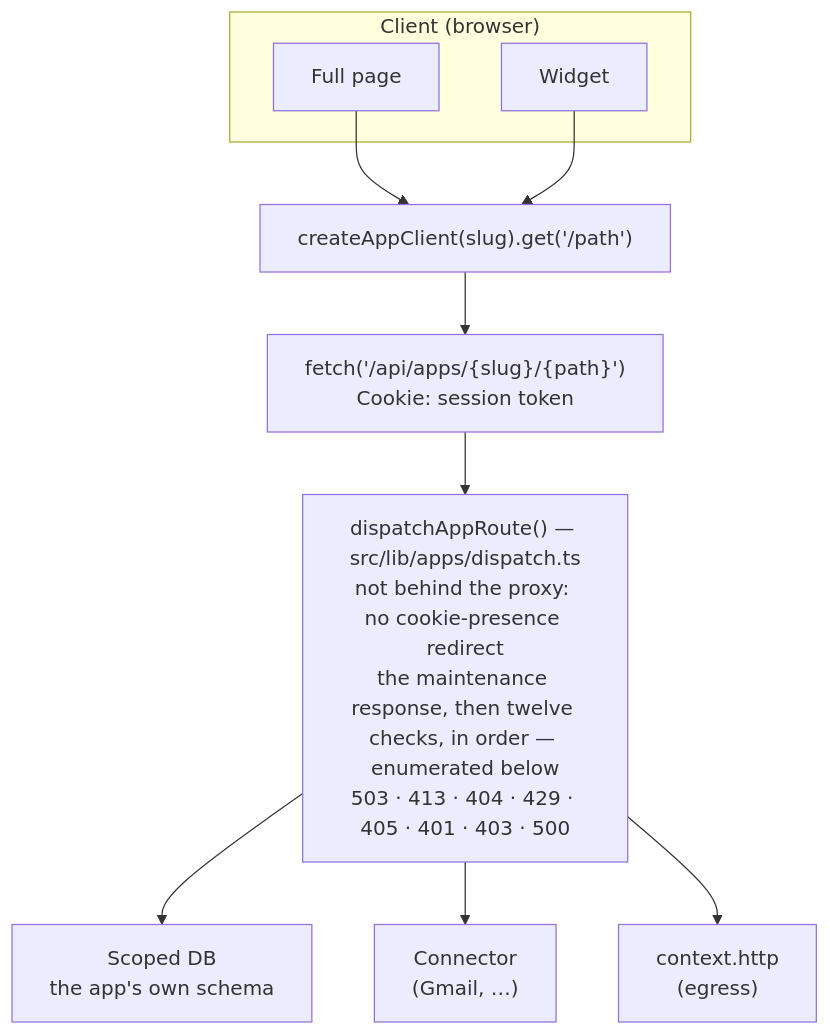
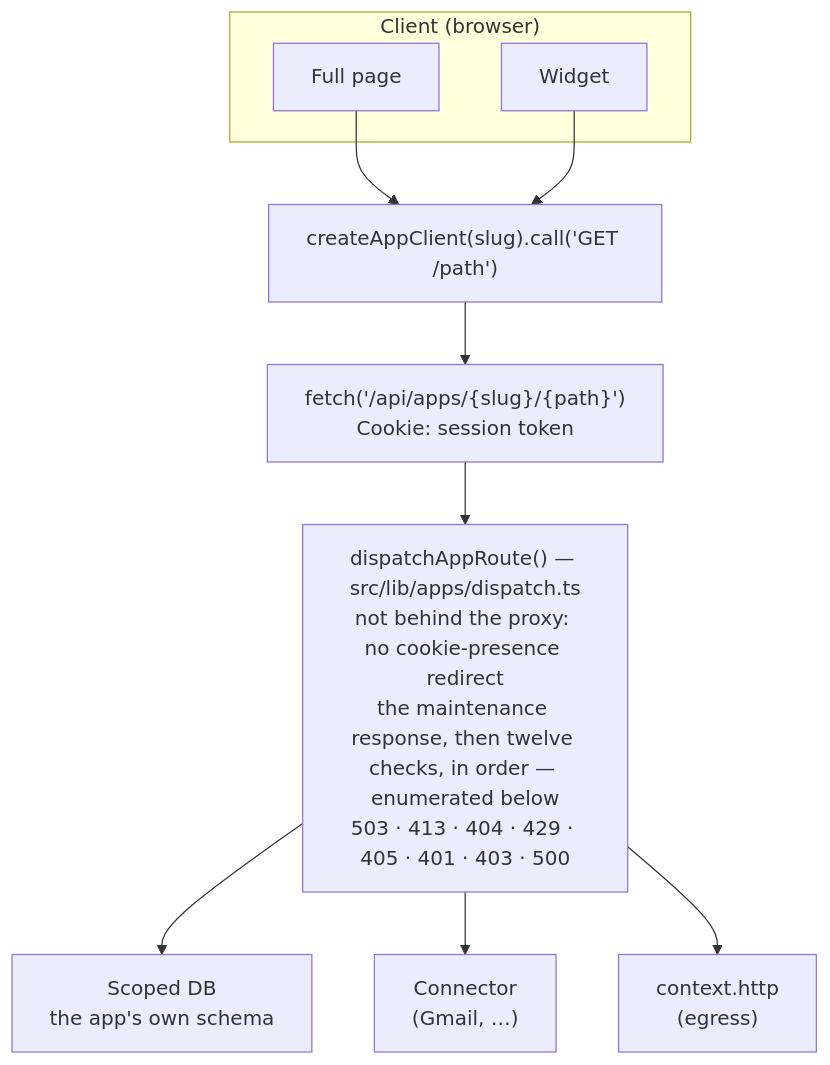
Before and after one commit to mixoshq/mixos: the diagram in docs/secure-edge-gateway-architecture.md, drawn with Mermaid. The commit also changed other lines of this file and 20 other files, not shown here.

First line of the commit message:
feat(os)!: send a FormData to a raw route with call(), and drop the untyped client

````diff
--- a/docs/secure-edge-gateway-architecture.md
+++ b/docs/secure-edge-gateway-architecture.md
@@ -47,23 +47,23 @@
 ```mermaid
 flowchart TD
     subgraph CLIENT["Client (browser)"]
         PAGE["Full page"]
         WIDGET["Widget"]
     end
 
     PAGE --> SDK
     WIDGET --> SDK
-    SDK["createAppClient(slug).get('/path')"]
+    SDK["createAppClient(slug).call('GET /path')"]
 
     SDK --> FETCH
 
     FETCH["fetch('/api/apps/{slug}/{path}')<br/>Cookie: session token"]
 
     FETCH --> DISPATCH
 
     DISPATCH["dispatchAppRoute() — src/lib/apps/dispatch.ts<br/>not behind the proxy: no cookie-presence redirect<br/>the maintenance response, then twelve checks, in order — enumerated below<br/>503 · 413 · 404 · 429 · 405 · 401 · 403 · 500"]
 
     DISPATCH --> DB["Scoped DB<br/>the app's own schema"]
     DISPATCH --> CONN["Connector<br/>(Gmail, …)"]
     DISPATCH --> HTTP["context.http<br/>(egress)"]
 ```
````
